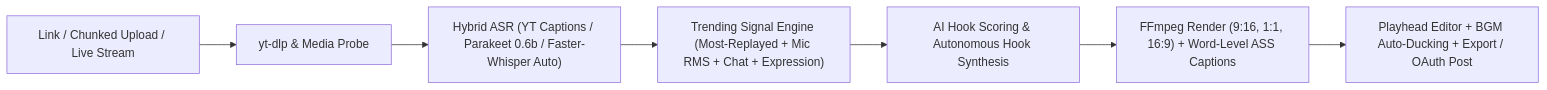
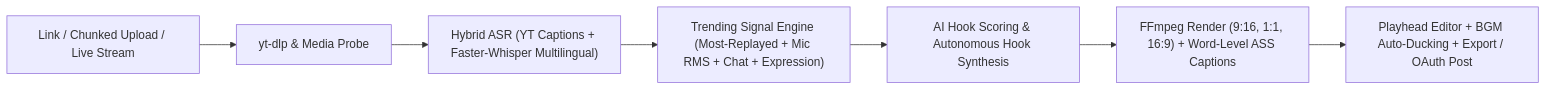
Before and after one commit to Chethankumar443/ClipCut: the diagram in README.md, drawn with Mermaid. The commit also changed other lines of this file and 368 other files, not shown here.

Commit message:
Refactor landing page typography/motion, Faster-Whisper ASR, and FFmpeg guards

````diff
--- a/README.md
+++ b/README.md
@@ -60,9 +59,9 @@
 ```mermaid
 flowchart LR
     A["Link / Chunked Upload / Live Stream"] --> B["yt-dlp & Media Probe"]
-    B --> C["Hybrid ASR (YT Captions / Parakeet 0.6b / Faster-Whisper Auto)"]
+    B --> C["Hybrid ASR (YT Captions + Faster-Whisper Multilingual)"]
     C --> D["Trending Signal Engine (Most-Replayed + Mic RMS + Chat + Expression)"]
     D --> E["AI Hook Scoring & Autonomous Hook Synthesis"]
     E --> F["FFmpeg Render (9:16, 1:1, 16:9) + Word-Level ASS Captions"]
     F --> G["Playhead Editor + BGM Auto-Ducking + Export / OAuth Post"]
 ```
````
